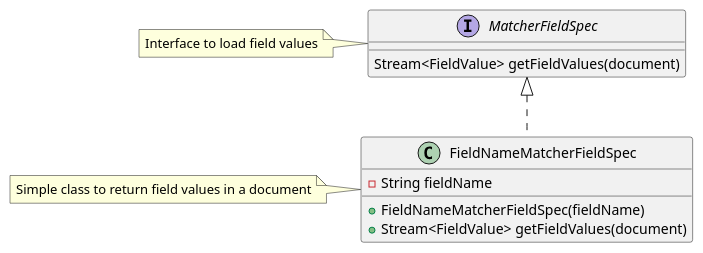
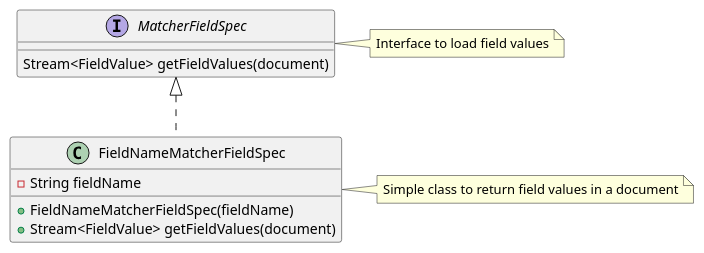
One commit to DavidGerald-Milligan/Diagramming changed the diagram in src/QueryBuilder/MatcherFieldSpec.puml. Above: the diagram before and after it, drawn with PlantUML. The commit also changed 6 other files, not shown here.

```diff
--- a/src/QueryBuilder/MatcherFieldSpec.puml
+++ b/src/QueryBuilder/MatcherFieldSpec.puml
@@ -1,18 +1,18 @@
 @startuml
 
 interface MatcherFieldSpec { 
     Stream<FieldValue> getFieldValues(document)
 }
-note left of MatcherFieldSpec
+note right of MatcherFieldSpec
     Interface to load field values
 end note
 
 class FieldNameMatcherFieldSpec implements MatcherFieldSpec {
     - String fieldName
     + FieldNameMatcherFieldSpec(fieldName)
     + Stream<FieldValue> getFieldValues(document)
 }
-note left of FieldNameMatcherFieldSpec
+note right of FieldNameMatcherFieldSpec
     Simple class to return field values in a document
 end note
 @enduml
```
